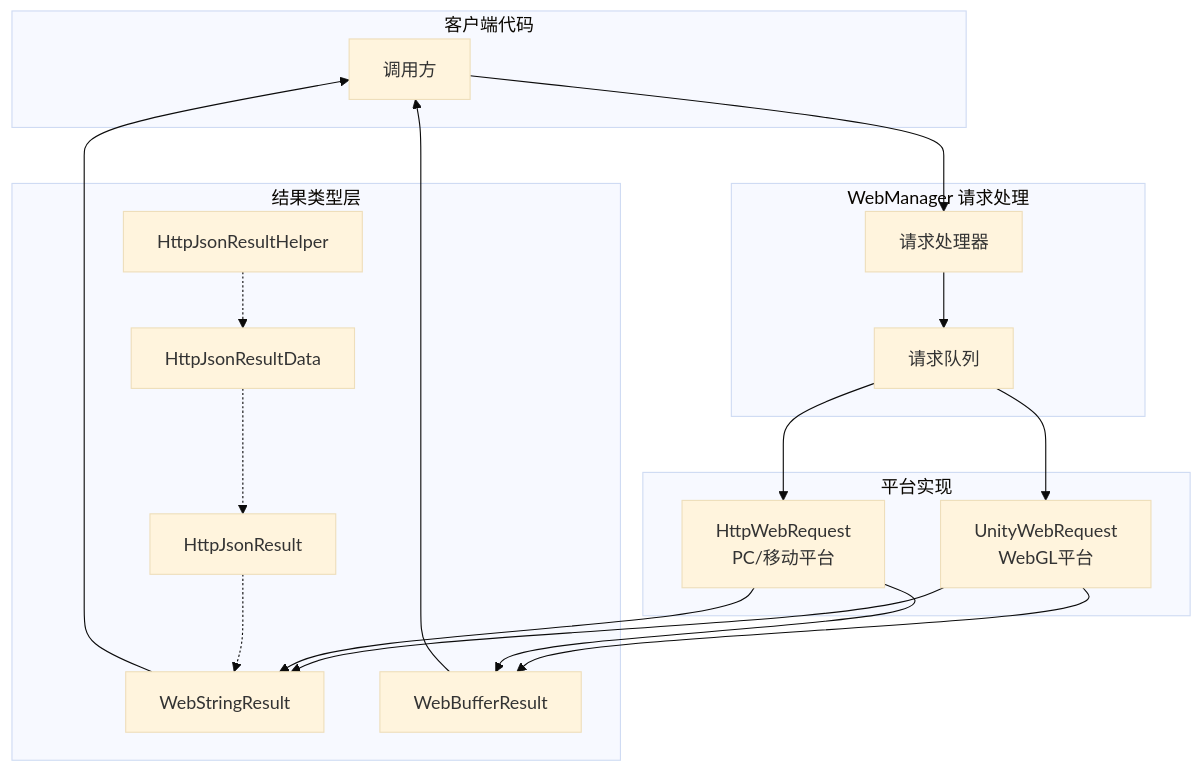
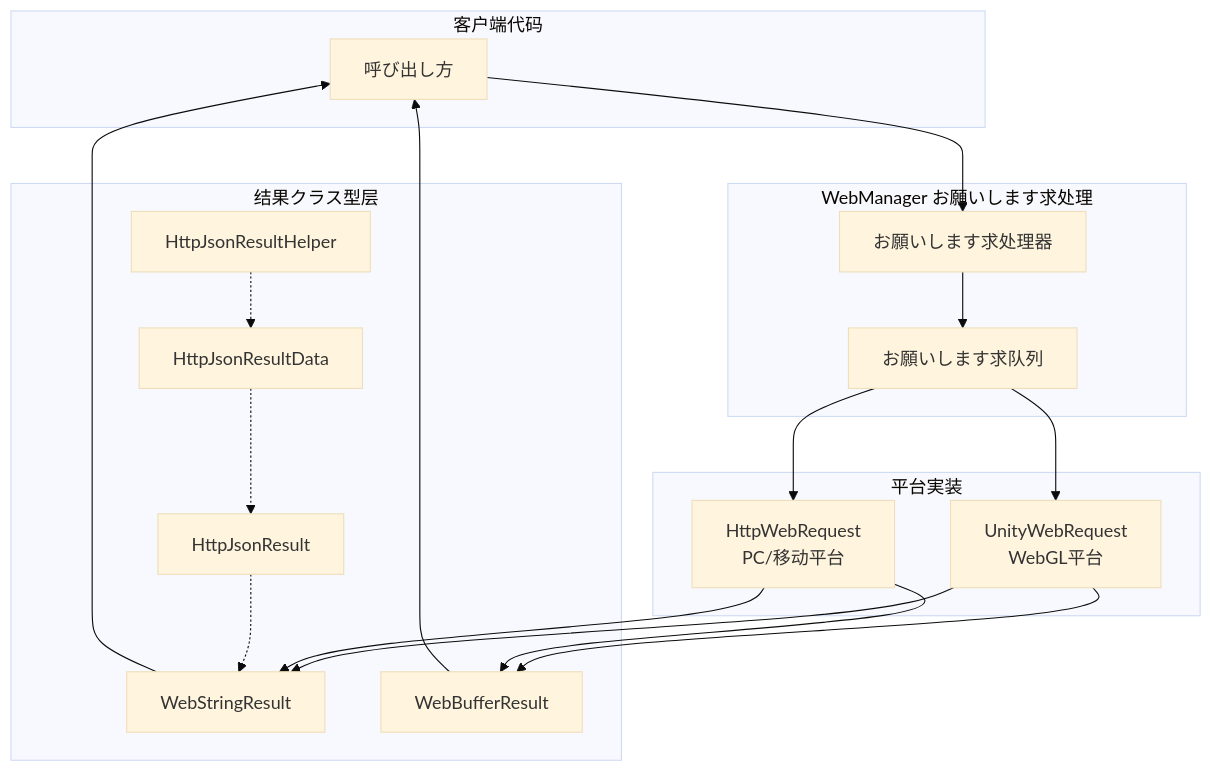
Before and after one commit to AlianBlank/GameFrameX.Docs: the first of 2 diagrams in docs/ja/client/unity/component/web/06.result-types.md, drawn with Mermaid (base theme). The commit also changed other lines of this file and 603 other files, not shown here.

````diff
--- a/docs/ja/client/unity/component/web/06.result-types.md
+++ b/docs/ja/client/unity/component/web/06.result-types.md
@@ -18,38 +18,38 @@
 ```mermaid
 flowchart TD
     subgraph Client["客户端代码"]
-        Caller[调用方]
+        Caller[呼び出し方]
     end
 
-    subgraph WebManager["WebManager 请求处理"]
-        ReqHandler[请求处理器]
-        Queue[请求队列]
+    subgraph WebManager["WebManager お願いします求处理"]
+        ReqHandler[お願いします求处理器]
+        Queue[お願いします求队列]
     end
 
-    subgraph ResultTypes["结果类型层"]
+    subgraph ResultTypes["结果クラス型层"]
         WSR[WebStringResult]
         WBR[WebBufferResult]
         HJR[HttpJsonResult]
         HJRD[HttpJsonResultData<T>]
         HJRH[HttpJsonResultHelper]
     end
 
-    subgraph Platform["平台实现"]
+    subgraph Platform["平台実装"]
         UnityWeb[UnityWebRequest<br/>WebGL平台]
         HttpWeb[HttpWebRequest<br/>PC/移动平台]
     end
 
     Caller --> ReqHandler
     ReqHandler --> Queue
     Queue --> UnityWeb
     Queue --> HttpWeb
     UnityWeb --> WSR
     UnityWeb --> WBR
     HttpWeb --> WSR
     HttpWeb --> WBR
     WSR --> Caller
     WBR --> Caller
     HJR -.-> WSR
     HJRD -.-> HJR
     HJRH -.-> HJRD
 ```
````
